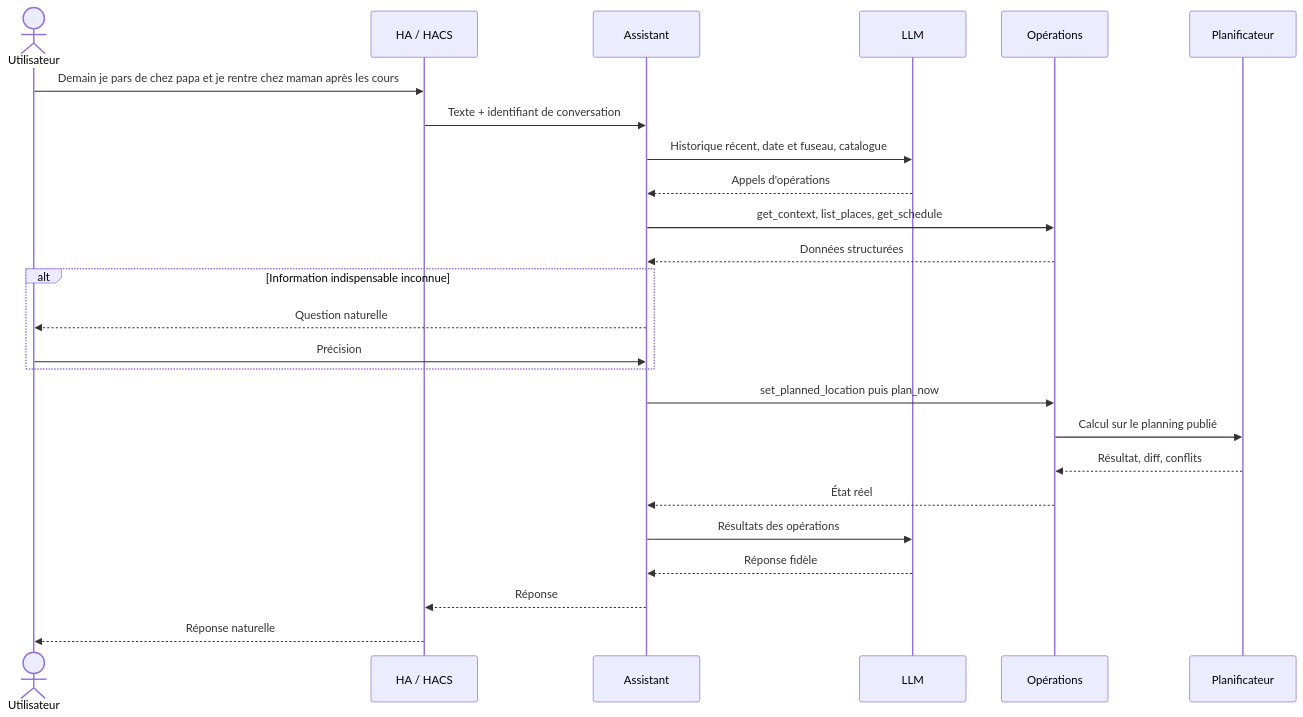
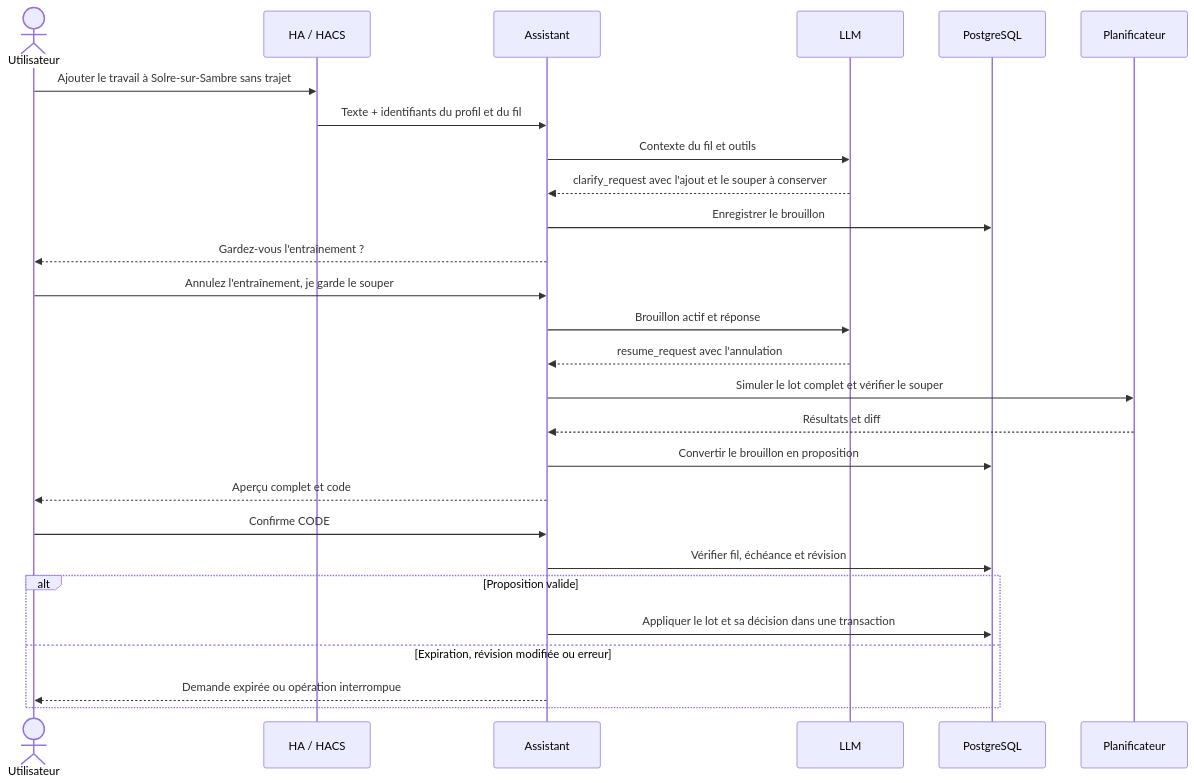
Before and after one commit to mtx26/Tempo: the third of 13 diagrams in ARCHITECTURE.md, drawn with Mermaid. The commit also changed other lines of this file and 11 other files, not shown here.

````diff
--- a/ARCHITECTURE.md
+++ b/ARCHITECTURE.md
@@ -181,27 +182,29 @@
 ```mermaid
 sequenceDiagram
  actor U as Utilisateur
  participant H as HA / HACS
  participant A as Assistant
  participant L as LLM
- participant API as Opérations
+ participant DB as PostgreSQL
  participant P as Planificateur
- U->>H: Demain je pars de chez papa et je rentre chez maman après les cours
- H->>A: Texte + identifiant de conversation
- A->>L: Historique récent, date et fuseau, catalogue
- L-->>A: Appels d'opérations
- A->>API: get_context, list_places, get_schedule
- API-->>A: Données structurées
- alt Information indispensable inconnue
- A-->>U: Question naturelle
- U->>A: Précision
+ U->>H: Ajouter le travail à Solre-sur-Sambre sans trajet
+ H->>A: Texte + identifiants du profil et du fil
+ A->>L: Contexte du fil et outils
+ L-->>A: clarify_request avec l'ajout et le souper à conserver
+ A->>DB: Enregistrer le brouillon
+ A-->>U: Gardez-vous l'entraînement ?
+ U->>A: Annulez l'entraînement, je garde le souper
+ A->>L: Brouillon actif et réponse
+ L-->>A: resume_request avec l'annulation
+ A->>P: Simuler le lot complet et vérifier le souper
+ P-->>A: Résultats et diff
+ A->>DB: Convertir le brouillon en proposition
+ A-->>U: Aperçu complet et code
+ U->>A: Confirme CODE
+ A->>DB: Vérifier fil, échéance et révision
+ alt Proposition valide
+ A->>DB: Appliquer le lot et sa décision dans une transaction
+ else Expiration, révision modifiée ou erreur
+ A-->>U: Demande expirée ou opération interrompue
  end
- A->>API: set_planned_location puis plan_now
- API->>P: Calcul sur le planning publié
- P-->>API: Résultat, diff, conflits
- API-->>A: État réel
- A->>L: Résultats des opérations
- L-->>A: Réponse fidèle
- A-->>H: Réponse
- H-->>U: Réponse naturelle
 ```
````
